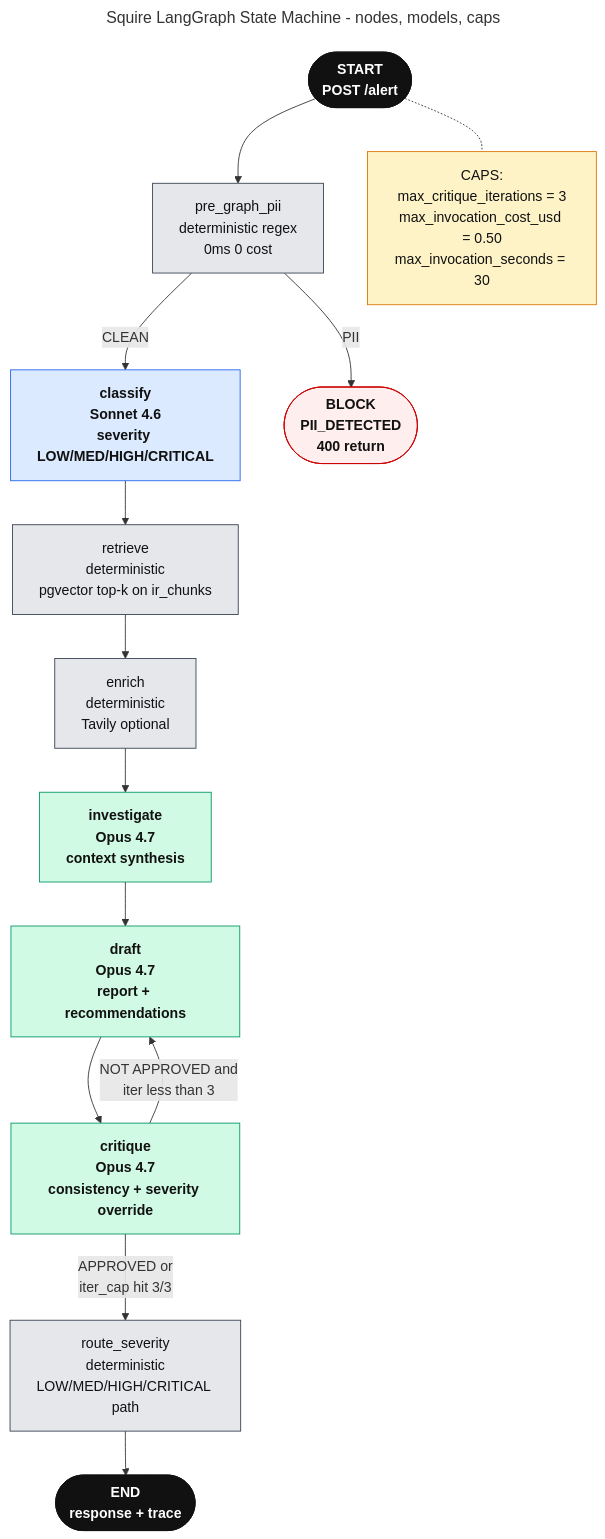
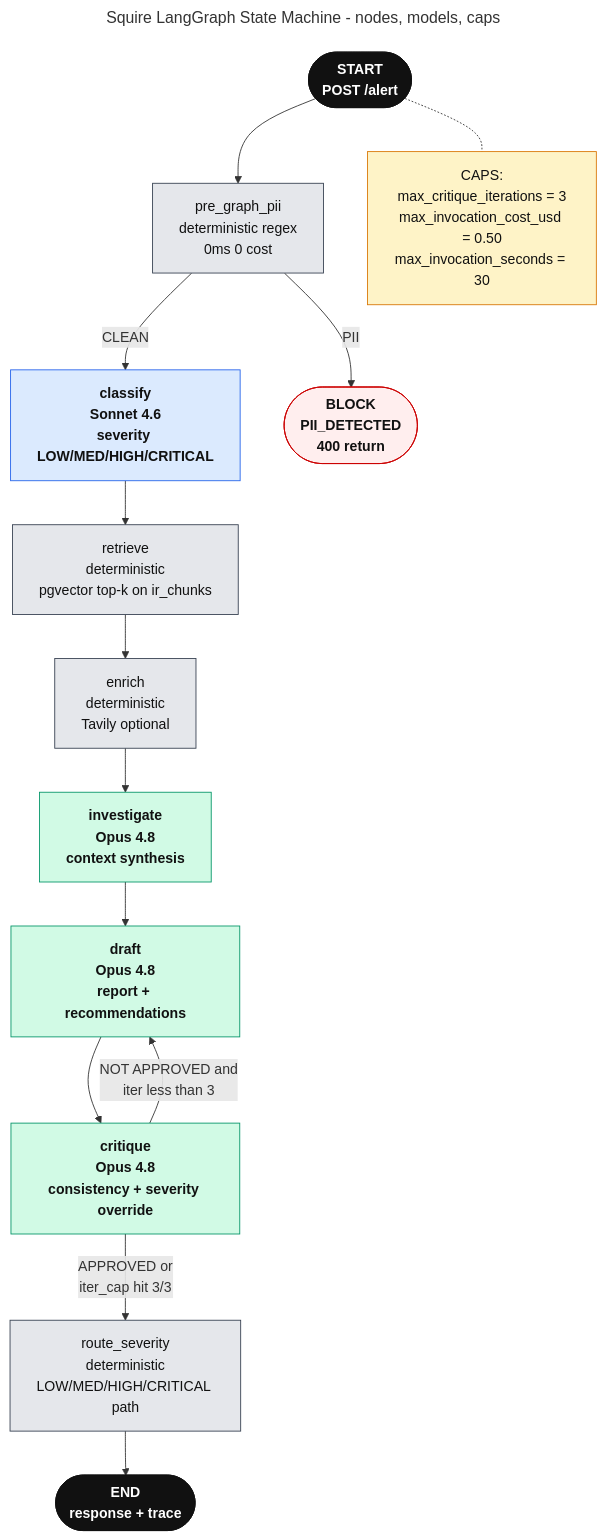
The diagram in docs/grc/diagrams/squire-state-machine.mmd (ET-sec/cyber-squire1), drawn with Mermaid before and after one commit. The commit also changed 50 other files, not shown here.

```diff
--- a/docs/grc/diagrams/squire-state-machine.mmd
+++ b/docs/grc/diagrams/squire-state-machine.mmd
@@ -1,45 +1,45 @@
 ---
 title: Squire LangGraph State Machine - nodes, models, caps
 ---
 flowchart TD
     START(["START<br/>POST /alert"])
     PG["pre_graph_pii<br/>deterministic regex<br/>0ms 0 cost"]
     CL["classify<br/>Sonnet 4.6<br/>severity LOW/MED/HIGH/CRITICAL"]
     RT["retrieve<br/>deterministic<br/>pgvector top-k on ir_chunks"]
     EN["enrich<br/>deterministic<br/>Tavily optional"]
-    IN["investigate<br/>Opus 4.7<br/>context synthesis"]
-    DR["draft<br/>Opus 4.7<br/>report + recommendations"]
-    CR["critique<br/>Opus 4.7<br/>consistency + severity override"]
+    IN["investigate<br/>Opus 4.8<br/>context synthesis"]
+    DR["draft<br/>Opus 4.8<br/>report + recommendations"]
+    CR["critique<br/>Opus 4.8<br/>consistency + severity override"]
     RS["route_severity<br/>deterministic<br/>LOW/MED/HIGH/CRITICAL path"]
     END_N(["END<br/>response + trace"])
     BLOCK(["BLOCK<br/>PII_DETECTED<br/>400 return"])
 
     START --> PG
     PG -->|CLEAN| CL
     PG -->|PII| BLOCK
     CL --> RT
     RT --> EN
     EN --> IN
     IN --> DR
     DR --> CR
     CR -->|APPROVED or<br/>iter_cap hit 3/3| RS
     CR -->|NOT APPROVED and<br/>iter less than 3| DR
     RS --> END_N
 
     %% Caps annotation box
     CAPS["CAPS:<br/>max_critique_iterations = 3<br/>max_invocation_cost_usd = 0.50<br/>max_invocation_seconds = 30"]
     START -.- CAPS
 
     classDef startend fill:#111,stroke:#111,color:#fff,font-weight:bold
     classDef det fill:#e5e7eb,stroke:#374151,color:#111
     classDef sonnet fill:#dbeafe,stroke:#2563eb,color:#111,font-weight:bold
     classDef opus fill:#d1fae5,stroke:#059669,color:#111,font-weight:bold
     classDef block fill:#fee,stroke:#c00,color:#111,font-weight:bold
     classDef caps fill:#fef3c7,stroke:#d97706,color:#111
 
     class START,END_N startend
     class PG,RT,EN,RS det
     class CL sonnet
     class IN,DR,CR opus
     class BLOCK block
     class CAPS caps
```
